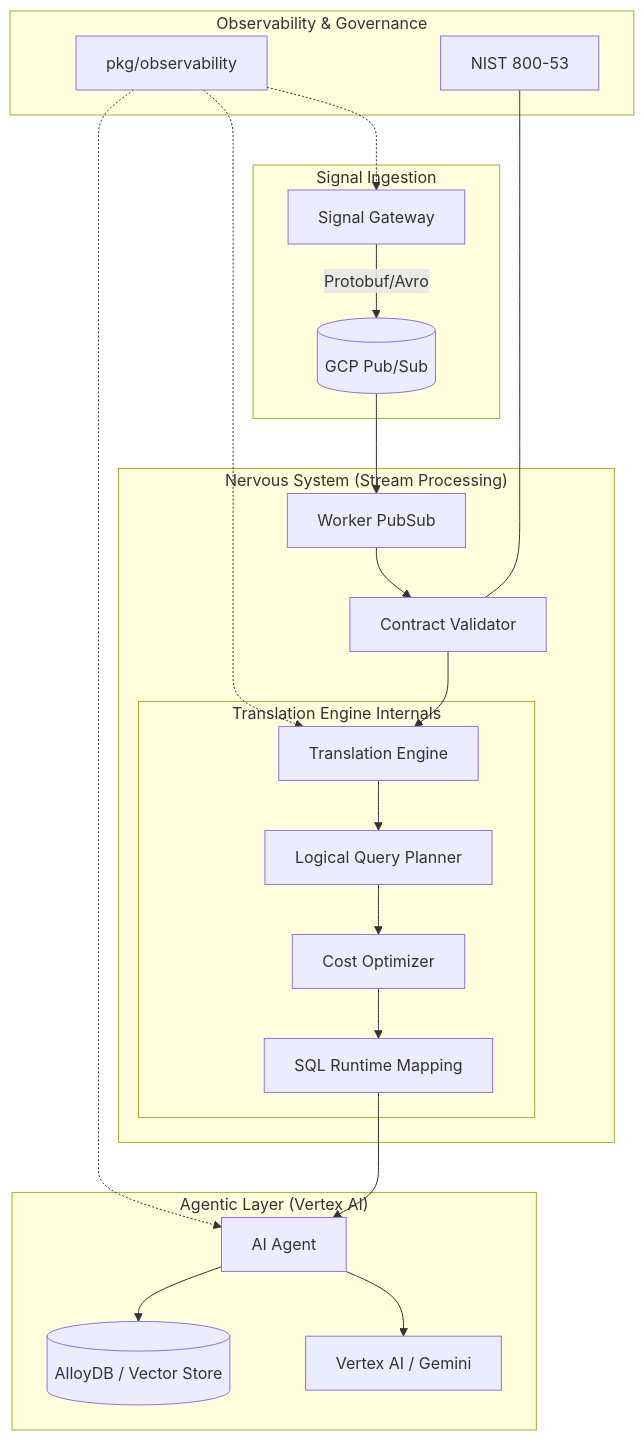
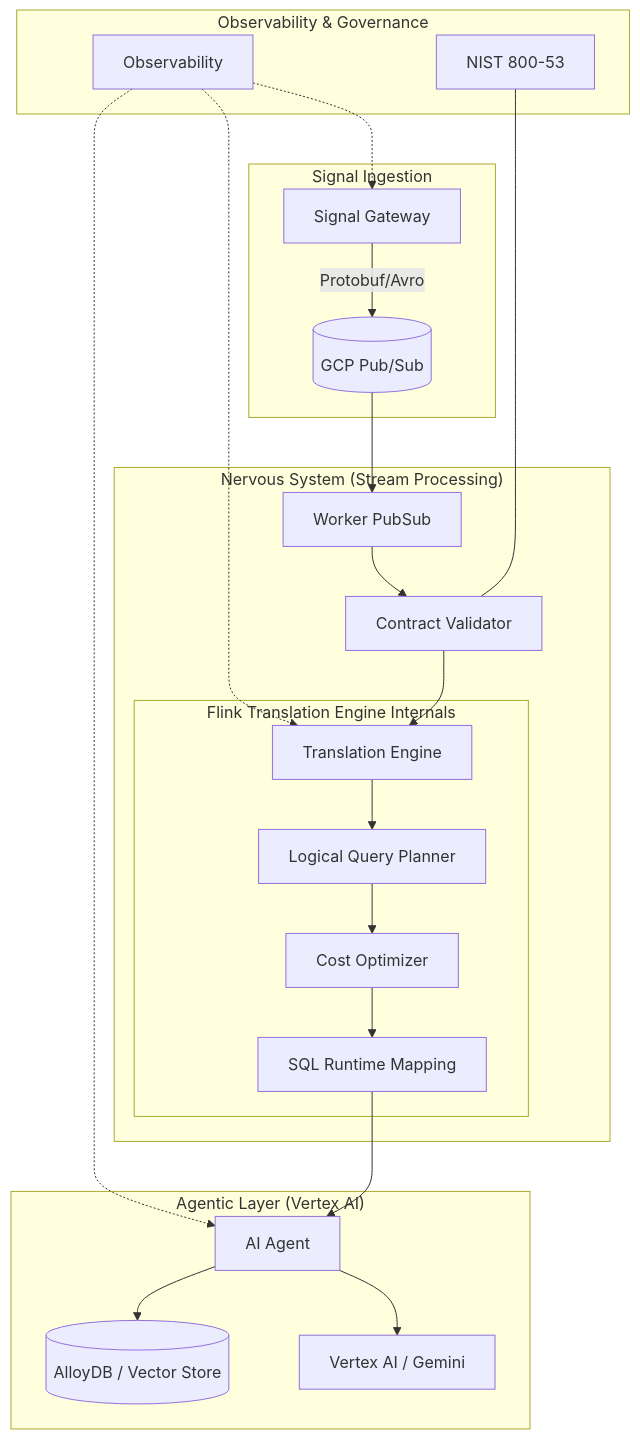
One commit to siralfbaez/mia-agentic-data-nervous-system-kfg-v3 changed the diagram in README.md. Above: the diagram before and after it, drawn with Mermaid. The commit also changed 2 other files, not shown here.

Commit message:
Quick architectural correction Agentic AI Flink, Kafka, DataFlow, AlloyDB

````diff
--- a/README.md
+++ b/README.md
@@ -11,32 +11,32 @@
 ```mermaid
 graph TD
     subgraph "Signal Ingestion"
         SG[Signal Gateway] --> |Protobuf/Avro| PS[(GCP Pub/Sub)]
     end
 
     subgraph "Nervous System (Stream Processing)"
         PS --> WP[Worker PubSub]
         WP --> CV[Contract Validator]
         CV --> TE[Translation Engine]
         
-        subgraph "Translation Engine Internals"
+        subgraph "Flink Translation Engine Internals"
             TE --> Planner[Logical Query Planner]
             Planner --> Optimizer[Cost Optimizer]
             Optimizer --> Runtime[SQL Runtime Mapping]
         end
     end
 
     subgraph "Agentic Layer (Vertex AI)"
         Runtime --> AA[AI Agent]
         AA --> VAI[Vertex AI / Gemini]
         AA --> ADB[(AlloyDB / Vector Store)]
     end
 
     subgraph "Observability & Governance"
-        Obs[pkg/observability] -.-> SG
+        Obs[Observability] -.-> SG
         Obs -.-> TE
         Obs -.-> AA
         Compliance[NIST 800-53] --- CV
     end
 
  ```
````
